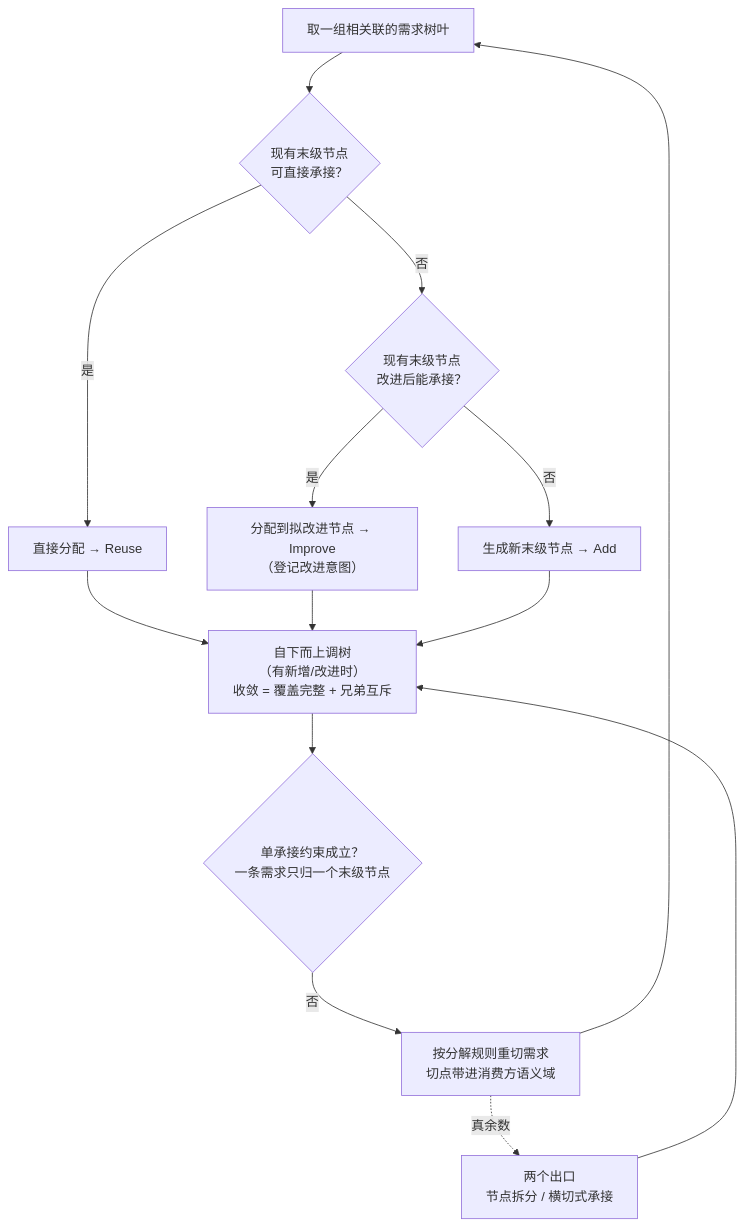
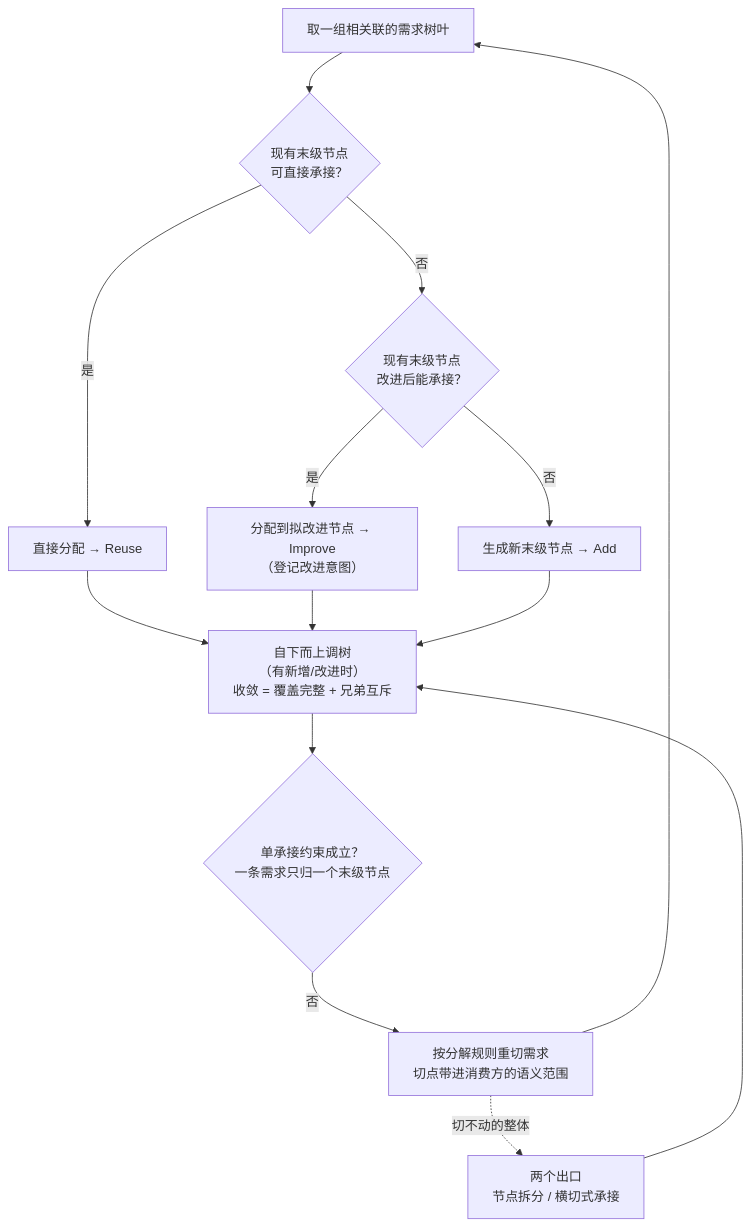
Before and after one commit to Yongjunzhou/AOS-system-design: the third of 4 diagrams in 50-research/00-系统工程相关研究报告/20-由需求开发方案研究报告-需求方案对与两阶段设计算法.md, drawn with Mermaid. The commit also changed other lines of this file and 2 other files, not shown here.

Commit message:
[教材] 20号报告·消灭抽象术语专项（语义域→语义范围14处、下界守护→防止切得过碎、真余数→切不动的整体、构造保证→分解规则保证、门禁→关口等40处，21项待清词grep全零）+记忆同步（2026-09-02）

````diff
--- a/50-research/00-系统工程相关研究报告/20-由需求开发方案研究报告-需求方案对与两阶段设计算法.md
+++ b/50-research/00-系统工程相关研究报告/20-由需求开发方案研究报告-需求方案对与两阶段设计算法.md
@@ -222,16 +222,16 @@
 ```mermaid
 flowchart TD
     A["取一组相关联的需求树叶"] --> B{"现有末级节点<br/>可直接承接？"}
     B -- 是 --> C["直接分配 → Reuse"]
     B -- 否 --> D{"现有末级节点<br/>改进后能承接？"}
     D -- 是 --> E["分配到拟改进节点 → Improve<br/>（登记改进意图）"]
     D -- 否 --> F["生成新末级节点 → Add"]
     C --> G["自下而上调树<br/>（有新增/改进时）<br/>收敛 = 覆盖完整 + 兄弟互斥"]
     E --> G
     F --> G
     G --> H{"单承接约束成立？<br/>一条需求只归一个末级节点"}
-    H -- 否 --> I["按分解规则重切需求<br/>切点带进消费方语义域"]
+    H -- 否 --> I["按分解规则重切需求<br/>切点带进消费方的语义范围"]
     I --> A
-    I -.->|"真余数"| K["两个出口<br/>节点拆分 / 横切式承接"]
+    I -.->|"切不动的整体"| K["两个出口<br/>节点拆分 / 横切式承接"]
     K --> G
 ```
````
